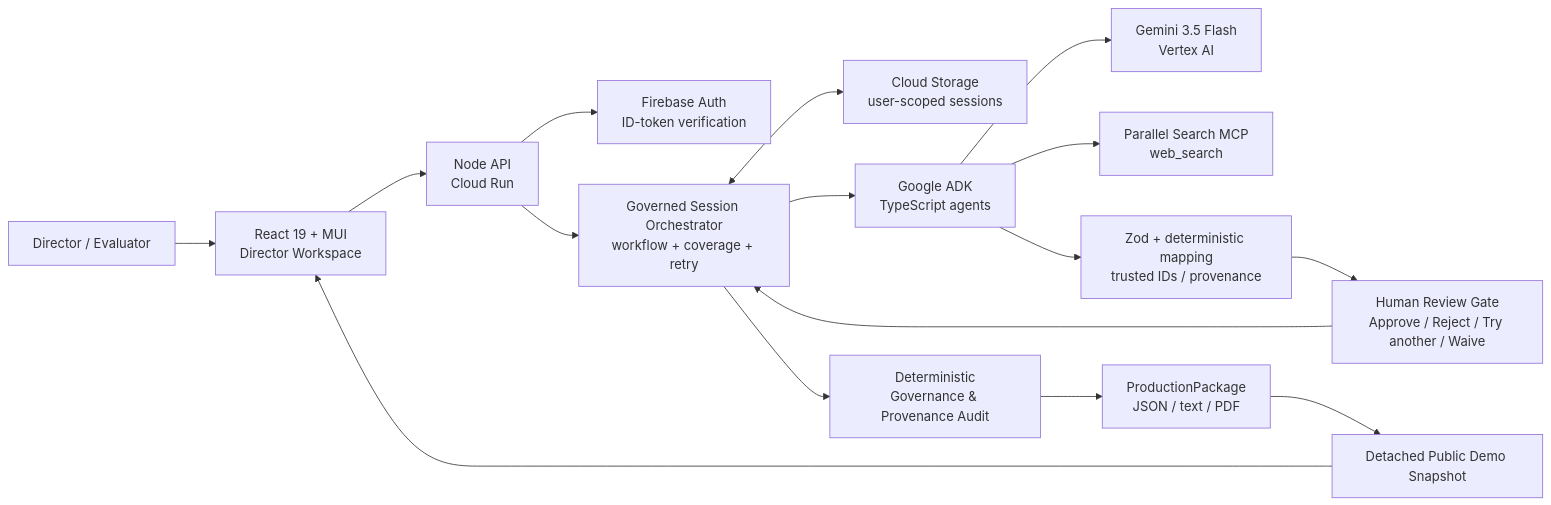
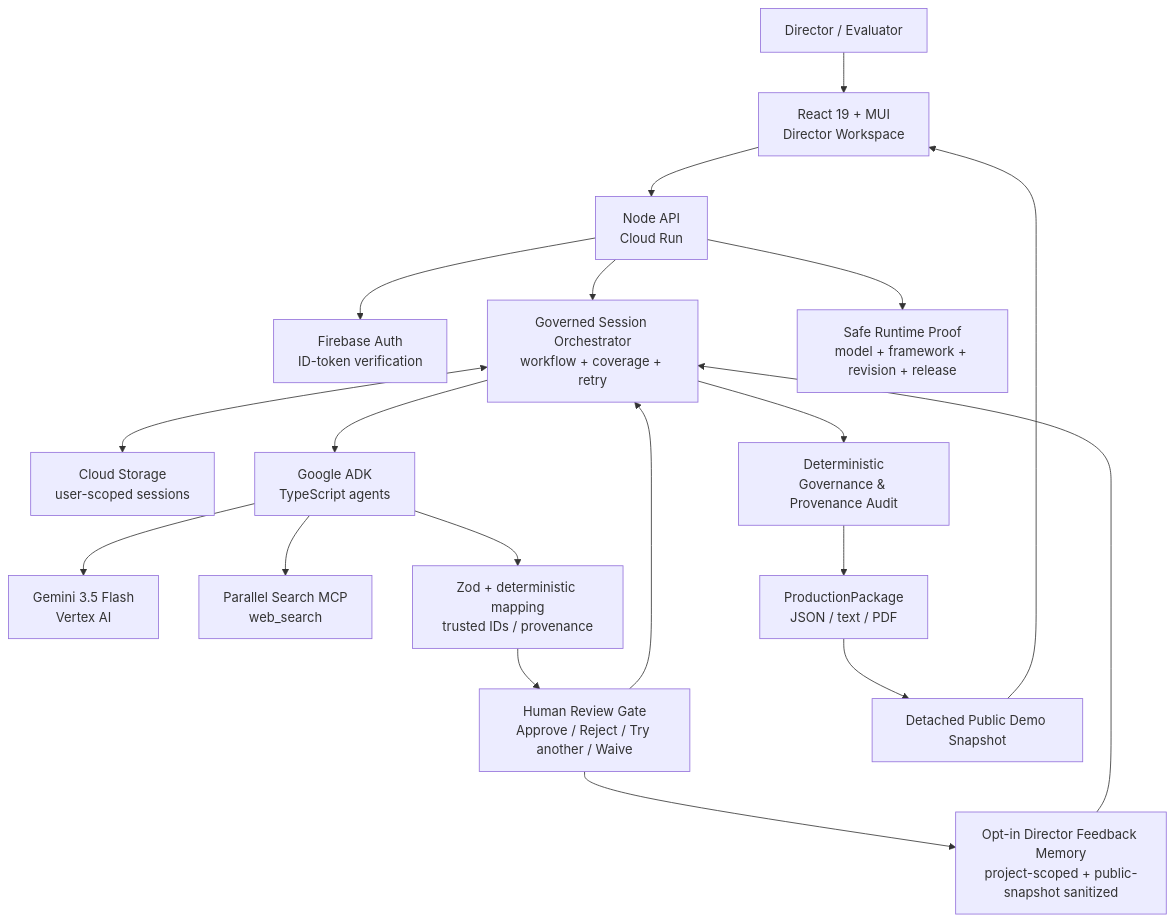
The first of 2 diagrams in docs/hackathon/all-things-agentic/ARCHITECTURE.md (amin076/tital), drawn with Mermaid before and after one commit. The commit also changed other lines of this file and 47 other files, not shown here.

````diff
--- a/docs/hackathon/all-things-agentic/ARCHITECTURE.md
+++ b/docs/hackathon/all-things-agentic/ARCHITECTURE.md
@@ -9,27 +9,31 @@
 ```mermaid
-flowchart LR
+flowchart TB
     U[Director / Evaluator]
     WEB[React 19 + MUI\nDirector Workspace]
     API[Node API\nCloud Run]
     AUTH[Firebase Auth\nID-token verification]
     ORCH[Governed Session Orchestrator\nworkflow + coverage + retry]
     STORE[Cloud Storage\nuser-scoped sessions]
     ADK[Google ADK\nTypeScript agents]
     GEM[Gemini 3.5 Flash\nVertex AI]
     PAR[Parallel Search MCP\nweb_search]
     VALID[Zod + deterministic mapping\ntrusted IDs / provenance]
     HUMAN[Human Review Gate\nApprove / Reject / Try another / Waive]
+    MEMORY[Opt-in Director Feedback Memory\nproject-scoped + public-snapshot sanitized]
     AUDIT[Deterministic\nGovernance & Provenance Audit]
     PKG[ProductionPackage\nJSON / text / PDF]
     DEMO[Detached Public Demo Snapshot]
+    RUNTIME[Safe Runtime Proof\nmodel + framework + revision + release]
 
     U --> WEB --> API
     API --> AUTH
     API --> ORCH
     ORCH <--> STORE
     ORCH --> ADK --> GEM
     ADK --> PAR
     ADK --> VALID --> HUMAN --> ORCH
+    HUMAN --> MEMORY --> ORCH
     ORCH --> AUDIT --> PKG
     PKG --> DEMO --> WEB
+    API --> RUNTIME
 ```
````
